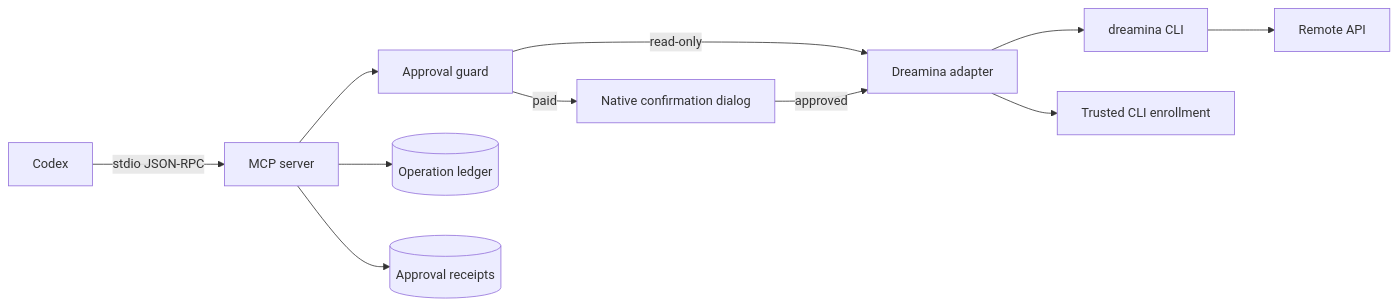
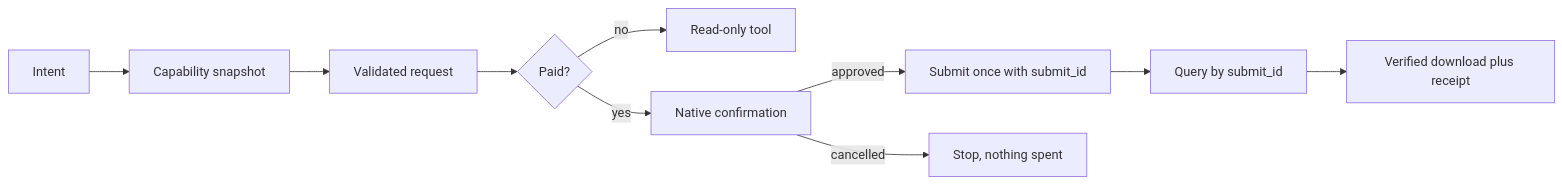
One commit to full-aigc-plugins/dreamina-design-plugin changed the diagram in README.md. Above: the diagram before and after it, drawn with Mermaid. The commit also changed other lines of this file and 3 other files, not shown here.

````diff
--- a/README.md
+++ b/README.md
@@ -110,13 +52,12 @@
 ```mermaid
 flowchart LR
-    A[Codex] -->|stdio JSON-RPC| B[MCP server]
-    B --> C[Approval guard]
-    C -->|read-only| D[Dreamina adapter]
-    C -->|paid| E[Native confirmation dialog]
-    E -->|approved| D
-    D --> F[dreamina CLI]
-    F --> G[Remote API]
-    B --> H[(Operation ledger)]
-    B --> I[(Approval receipts)]
-    D --> J[Trusted CLI enrollment]
+    A[Intent] --> B[Capability snapshot]
+    B --> C[Validated request]
+    C --> D{Paid?}
+    D -->|no| E[Read-only tool]
+    D -->|yes| F[Native confirmation]
+    F -->|approved| G[Submit once with submit_id]
+    G --> H[Query by submit_id]
+    H --> I[Verified download plus receipt]
+    F -->|cancelled| J[Stop, nothing spent]
 ```
````
